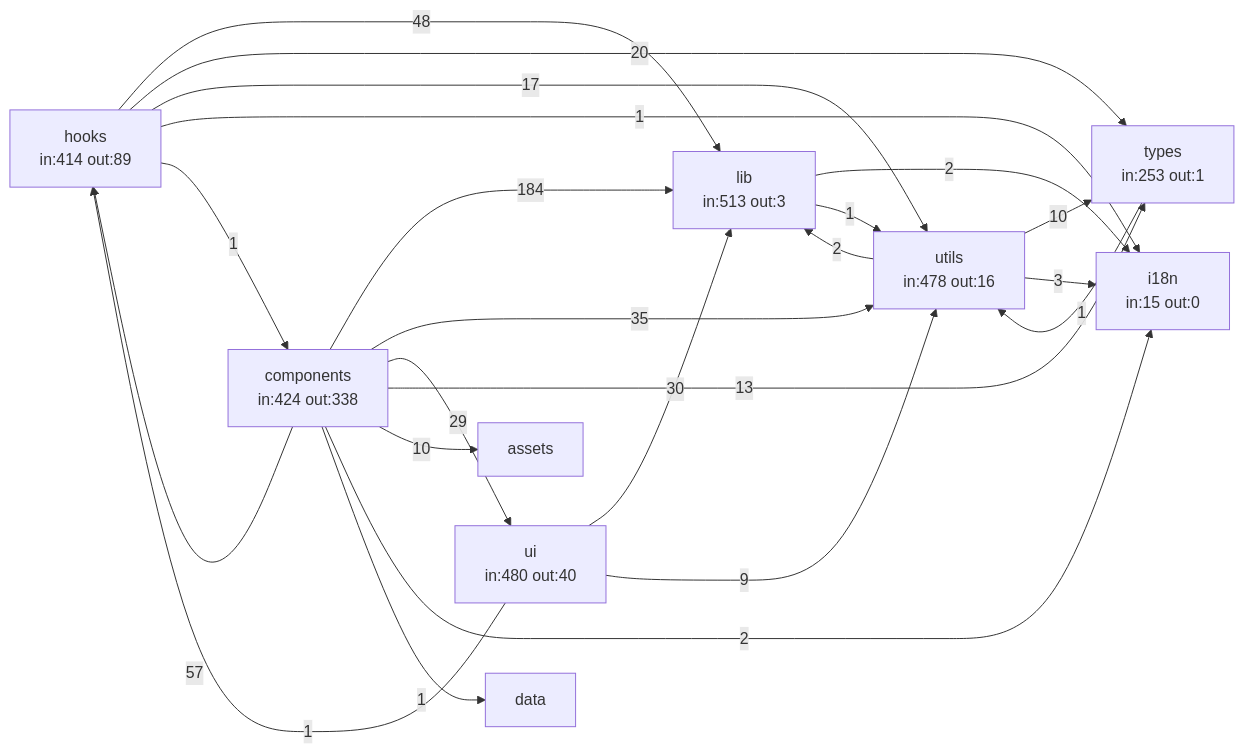
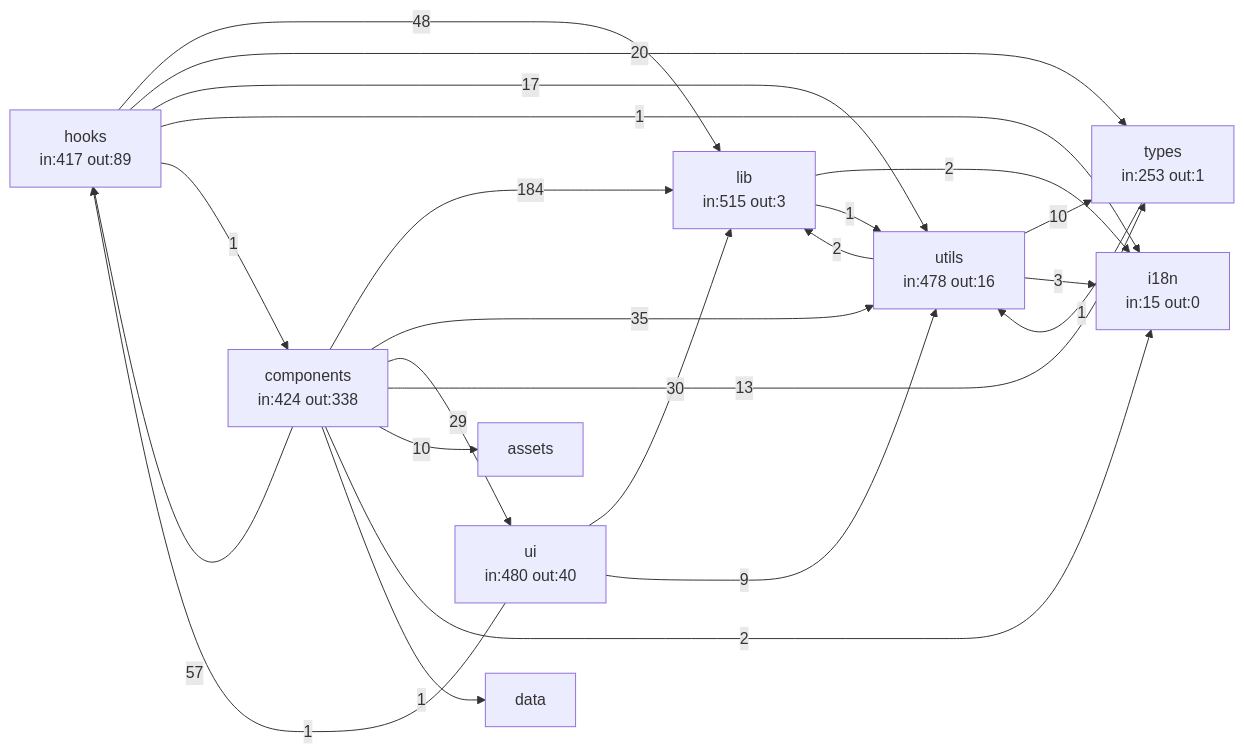
Before and after one commit to KSC-Wiedikon/wiedisync: the first of 2 diagrams in docs/code-graph/layer1-imports.md, drawn with Mermaid. The commit also changed other lines of this file and 103 other files, not shown here.

````diff
--- a/docs/code-graph/layer1-imports.md
+++ b/docs/code-graph/layer1-imports.md
@@ -53,32 +53,32 @@
 ```mermaid
 graph LR
-  lib["lib<br/>in:513 out:3"]
+  lib["lib<br/>in:515 out:3"]
   utils["utils<br/>in:478 out:16"]
-  hooks["hooks<br/>in:414 out:89"]
+  hooks["hooks<br/>in:417 out:89"]
   components["components<br/>in:424 out:338"]
   ui["ui<br/>in:480 out:40"]
   types["types<br/>in:253 out:1"]
   i18n["i18n<br/>in:15 out:0"]
   components -->|184| lib
   components -->|57| hooks
   hooks -->|48| lib
   components -->|35| utils
   ui -->|30| lib
   components -->|29| ui
   hooks -->|20| types
   hooks -->|17| utils
   components -->|13| types
   components -->|10| assets
   utils -->|10| types
   ui -->|9| utils
   utils -->|3| i18n
   components -->|2| i18n
   lib -->|2| i18n
   utils -->|2| lib
   components -->|1| data
   ui -->|1| hooks
   hooks -->|1| i18n
   hooks -->|1| components
   lib -->|1| utils
   types -->|1| utils
 ```
````
